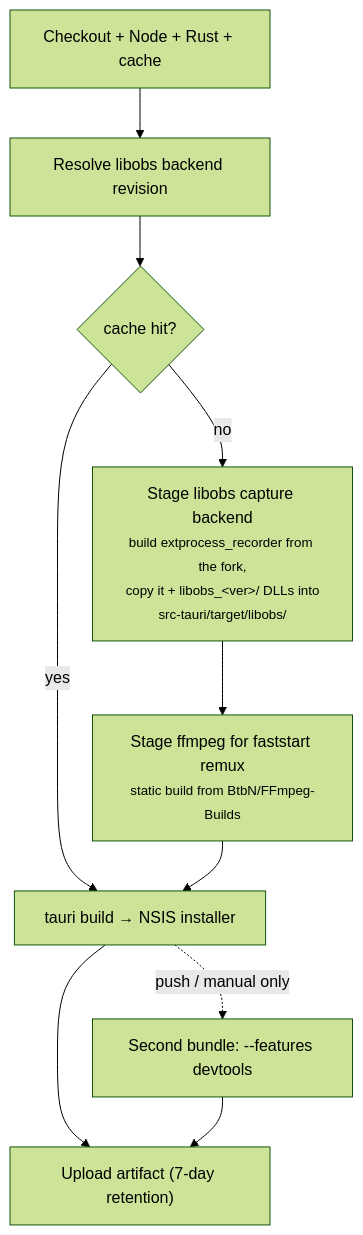
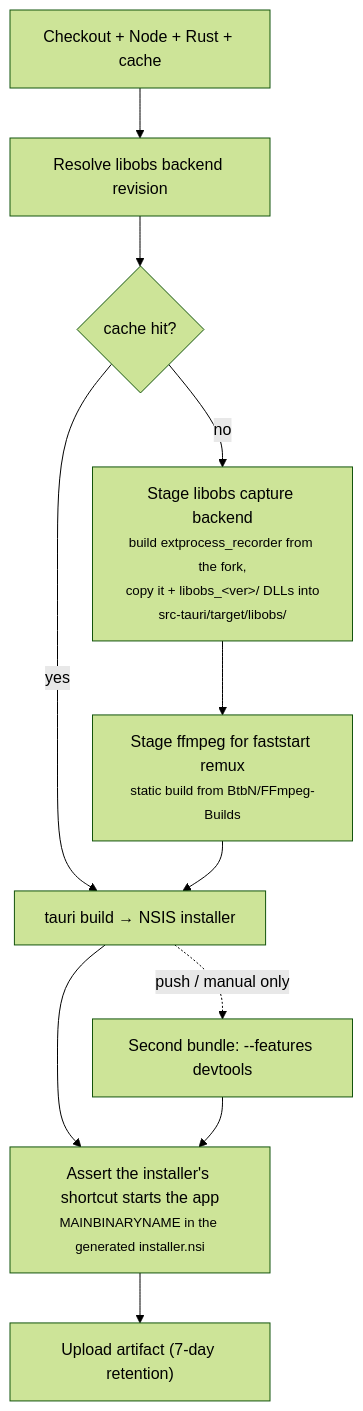
Before and after one commit to NinjaGoldfinch/ninja-recorder: the second of 3 diagrams in docs/ci-and-releases.md, drawn with Mermaid (forest theme). The commit also changed other lines of this file and 4 other files, not shown here.

````diff
--- a/docs/ci-and-releases.md
+++ b/docs/ci-and-releases.md
@@ -268,12 +268,13 @@
 ```mermaid
 flowchart TB
     S["Checkout + Node + Rust + cache"] --> W1["Resolve libobs backend revision"]
     W1 --> W2{"cache hit?"}
     W2 -->|"no"| W3["Stage libobs capture backend<br/><small>build extprocess_recorder from the fork,<br/>copy it + libobs_&lt;ver&gt;/ DLLs into<br/>src-tauri/target/libobs/</small>"]
     W3 --> W4["Stage ffmpeg for faststart remux<br/><small>static build from BtbN/FFmpeg-Builds</small>"]
     W2 -->|"yes"| W5
     W4 --> W5["tauri build → NSIS installer"]
-    W5 --> U["Upload artifact (7-day retention)"]
+    W5 --> C["Assert the installer's shortcut starts the app<br/><small>MAINBINARYNAME in the generated installer.nsi</small>"]
+    C --> U["Upload artifact (7-day retention)"]
     W5 -.->|"push / manual only"| W6["Second bundle: --features devtools"]
-    W6 --> U
+    W6 --> C
 ```
````
